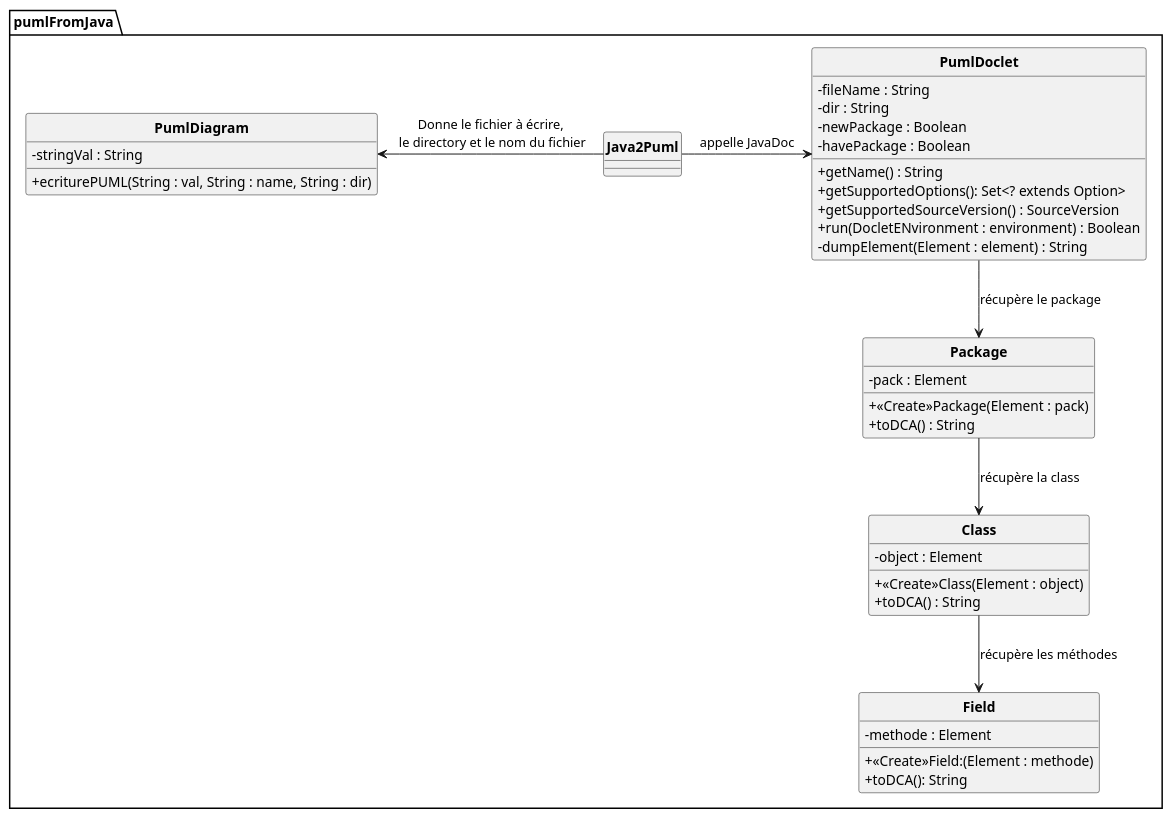
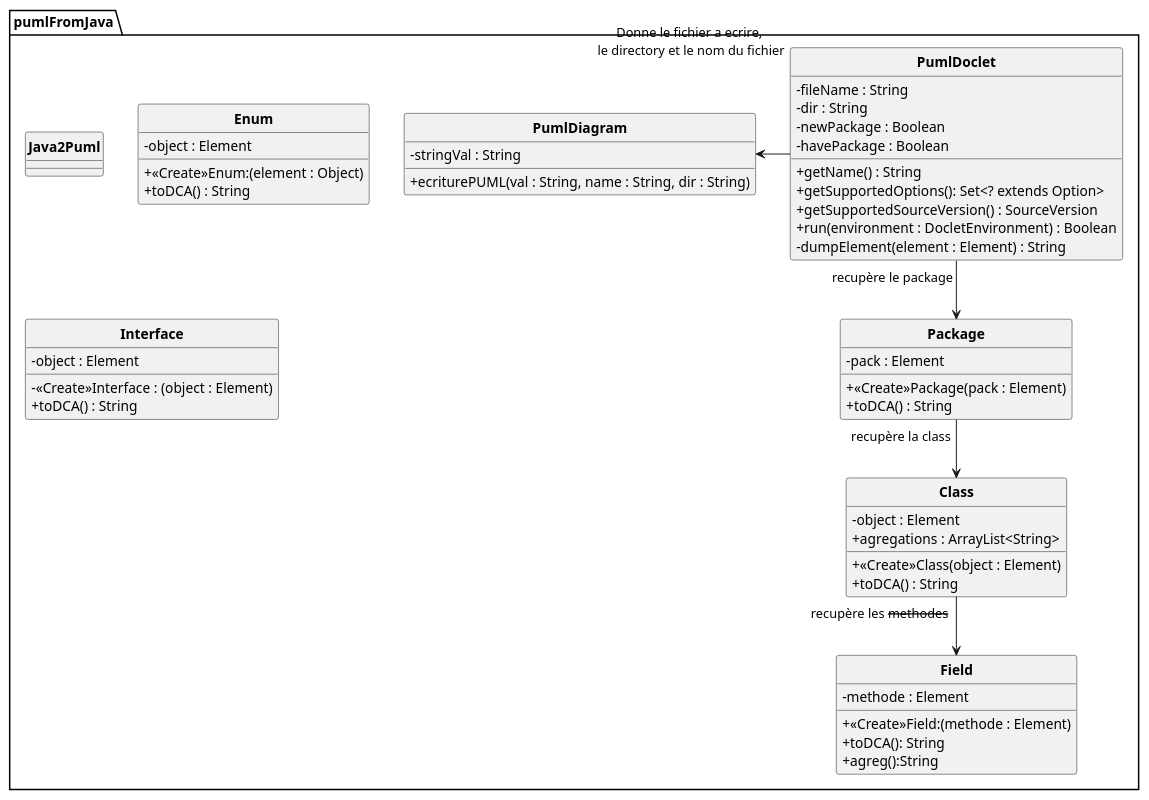
The diagram in puml/DiagrammesCodeEleve/DccCodeEleve.puml (D3B1RUM4N/PumlFromJava), drawn with PlantUML before and after one commit. The commit also changed 2 other files, not shown here.

Commit message:
Modifications de tous les diagrammes

```diff
--- a/puml/DiagrammesCodeEleve/DccCodeEleve.puml
+++ b/puml/DiagrammesCodeEleve/DccCodeEleve.puml
@@ -1,60 +1,75 @@
 @startuml
 'https://plantuml.com/sequence-diagram
 
 skinparam classAttributeIconSize 0
 skinparam classFontStyle Bold
 skinparam style strictuml
 
 package pumlFromJava{
     class PumlDiagram{
         - stringVal : String
-        + ecriturePUML(String : val, String : name, String : dir)
+        + ecriturePUML(val : String, name : String, dir : String)
     }
 
     class Java2Puml{
 
     }
 
     class PumlDoclet{
         + getName() : String
         - fileName : String
         - dir : String
         + getSupportedOptions(): Set<? extends Option>
         + getSupportedSourceVersion() : SourceVersion
-        + run(DocletENvironment : environment) : Boolean
+        + run(environment : DocletEnvironment) : Boolean
         - newPackage : Boolean
         - havePackage : Boolean
-        - dumpElement(Element : element) : String
+        - dumpElement(element : Element) : String
     }
 
     class Package{
         -pack : Element
-        +<<Create>>Package(Element : pack)
+        +<<Create>>Package(pack : Element)
         +toDCA() : String
     }
 
     class Class{
         -object : Element
-        +<<Create>>Class(Element : object)
+        +agregations : ArrayList<String>
+        +<<Create>>Class(object : Element)
         +toDCA() : String
 
     }
 
     class Field{
         -methode : Element
-        +<<Create>>Field:(Element : methode)
+        +<<Create>>Field:(methode : Element)
         +toDCA(): String
+        +agreg():String
 
     }
 
-    PumlDiagram <-r- Java2Puml : Donne le fichier à écrire,\n le directory et le nom du fichier
-    Java2Puml --r> PumlDoclet : appelle JavaDoc
-    PumlDoclet --> Package : récupère le package
-    Package --> Class : récupère la class
-    Class --> Field : récupère les méthodes
+    class Enum{
+        -object : Element
+        +<<Create>>Enum:(element : Object)
+        +toDCA() : String
+
+    }
+
+    class Interface{
+        -object : Element
+        -<<Create>>Interface : (object : Element)
+        +toDCA() : String
+    }
+
+PumlDoclet "recupère le package" --> Package
+Package "recupère la class" --> Class
+Class "recupère les --methodes--" --> Field
+'Je sais que ça ne s'appelle pas méthode mais gros trou de mémoire
+PumlDoclet "Donne le fichier a ecrire,\n le directory et le nom du fichier" ---l-> PumlDiagram
 
 }
 
 
 
 @enduml
```
